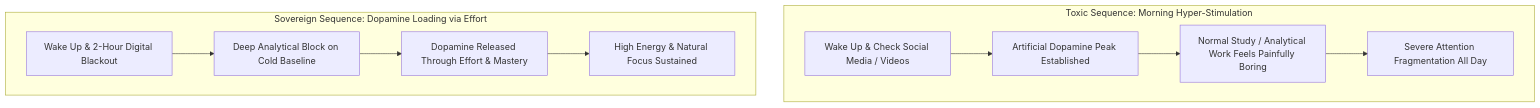
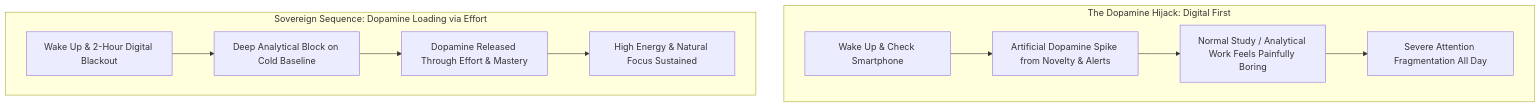
Before and after one commit to vs00918/ytdecoded: the fourth of 14 diagrams in src/content/topics/the-neurochemistry-of-focus-and-dopamine-transition.md, drawn with Mermaid. The commit also changed other lines of this file, not shown here.

Commit message:
feat(topic): enrich the-neurochemistry-of-focus-and-dopamine-transition with 4-tier engine and ABrainoConscious stimulus baseline shift

````diff
--- a/src/content/topics/the-neurochemistry-of-focus-and-dopamine-transition.md
+++ b/src/content/topics/the-neurochemistry-of-focus-and-dopamine-transition.md
@@ -165,17 +255,17 @@
 ```mermaid
 graph TD
-    subgraph SG_1_Toxic_Sequence_ ["Toxic Sequence: Morning Hyper-Stimulation"]
-        T1[Wake Up & Check Social Media / Videos] 
-        --> T2[Artificial Dopamine Peak Established]
+    subgraph SG_1_Trapped_Sequence ["The Dopamine Hijack: Digital First"]
+        T1[Wake Up & Check Smartphone]
+        --> T2[Artificial Dopamine Spike from Novelty & Alerts]
         --> T3[Normal Study / Analytical Work Feels Painfully Boring]
         --> T4[Severe Attention Fragmentation All Day]
     end
 
     subgraph SG_2_Sovereign_Seque ["Sovereign Sequence: Dopamine Loading via Effort"]
         S1[Wake Up & 2-Hour Digital Blackout]
         --> S2[Deep Analytical Block on Cold Baseline]
         --> S3[Dopamine Released Through Effort & Mastery]
         --> S4[High Energy & Natural Focus Sustained]
     end
 
 ```
````
